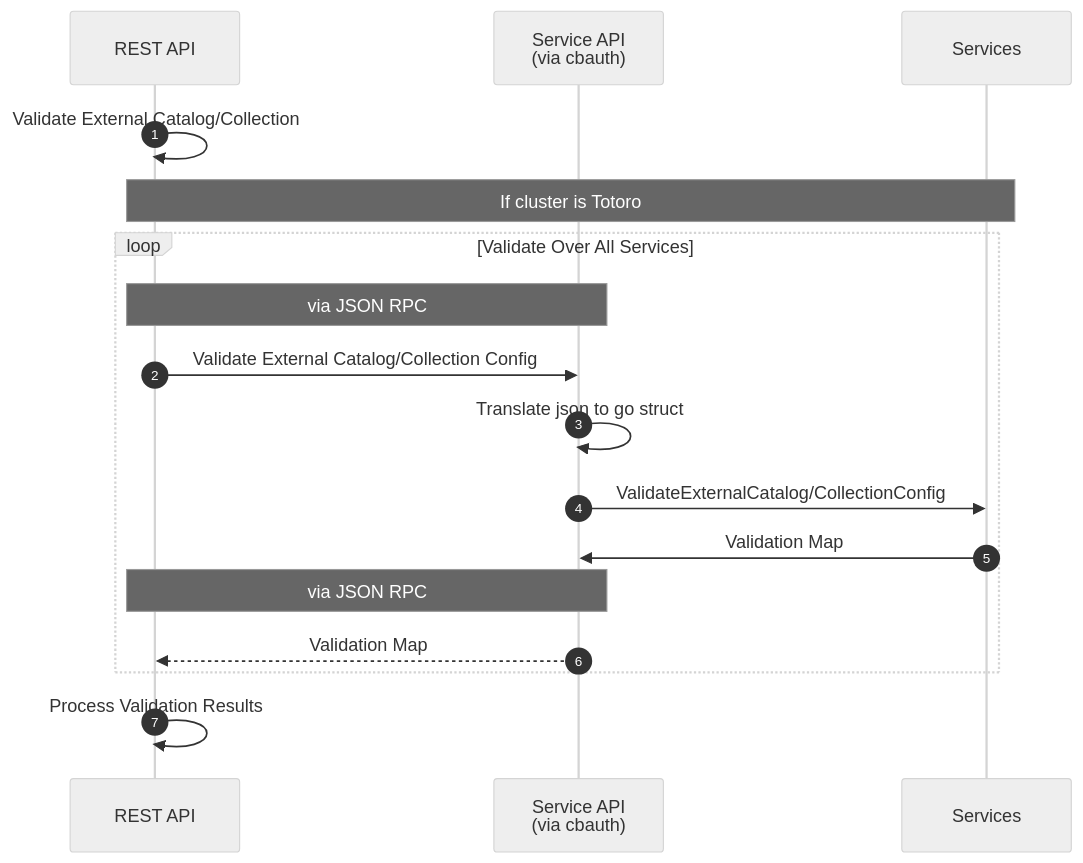
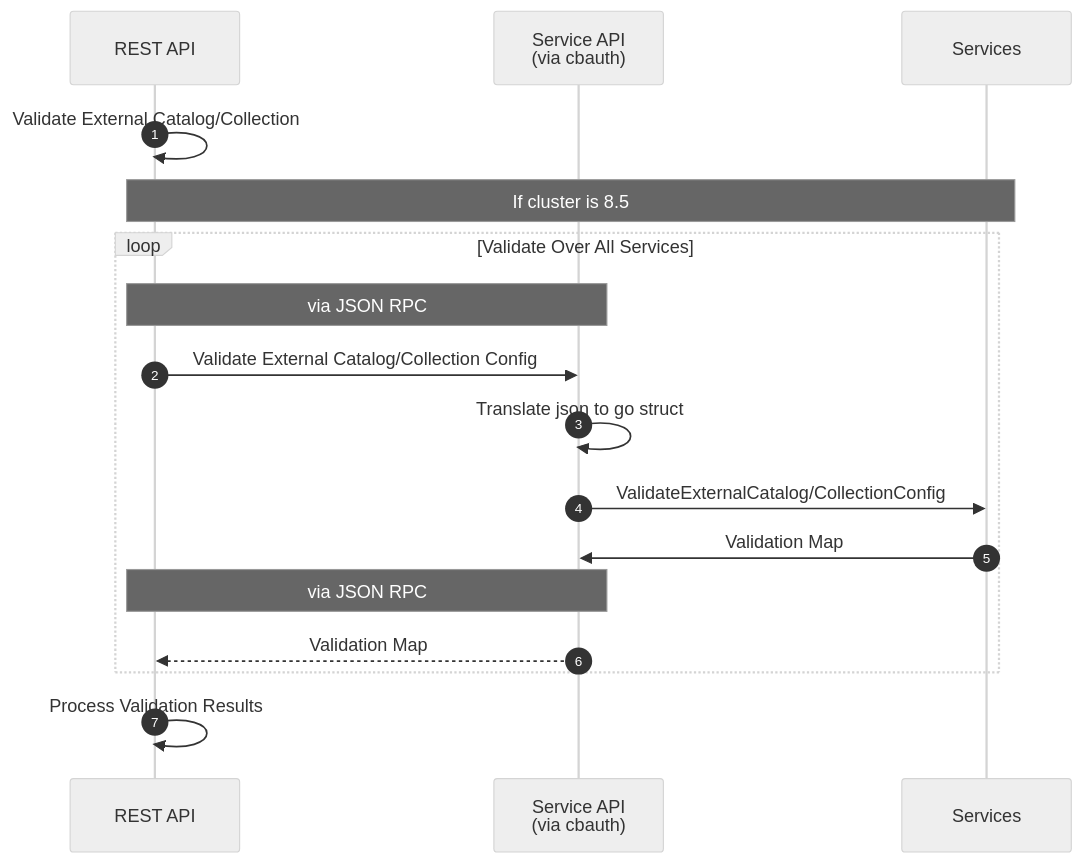
Before and after one commit to couchbase/ns_server: the diagram in doc/external_collections_validation.md, drawn with Mermaid (neutral theme). The commit also changed 57 other files, not shown here.

````diff
--- a/doc/external_collections_validation.md
+++ b/doc/external_collections_validation.md
@@ -23,22 +23,22 @@
 ```mermaid
 sequenceDiagram
     autonumber
     participant REST as REST API
     participant cbauth as Service API<br/>(via cbauth)
     participant Services as Services
 
     REST->>REST: Validate External Catalog/Collection
 
-    Note over REST,Services: If cluster is Totoro
+    Note over REST,Services: If cluster is 8.5
     loop Validate Over All Services
         Note over REST,cbauth: via JSON RPC
         REST->>cbauth: Validate External Catalog/Collection Config
         cbauth->>cbauth: Translate json to go struct
         cbauth->>Services: ValidateExternalCatalog/CollectionConfig
         Services->>cbauth: Validation Map
         Note over REST,cbauth: via JSON RPC
         cbauth-->>REST: Validation Map
     end
 
     REST->>REST: Process Validation Results
 ```
````
